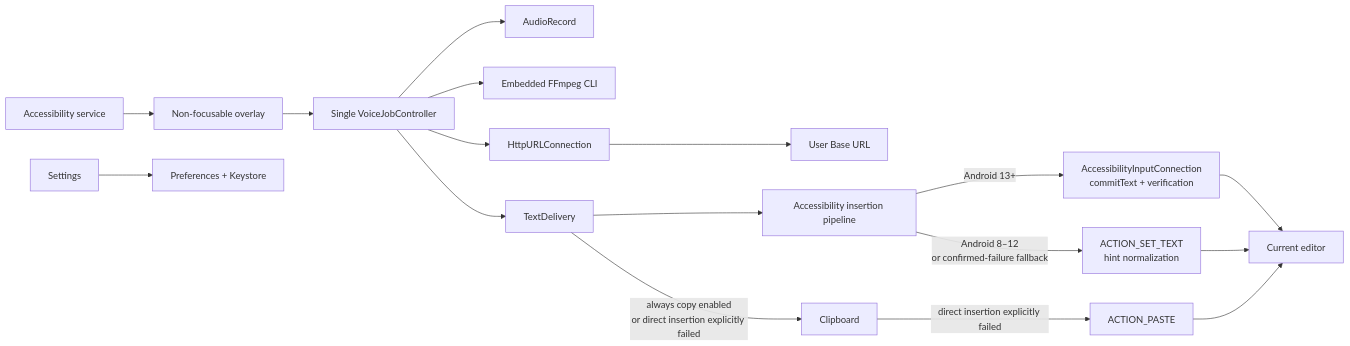
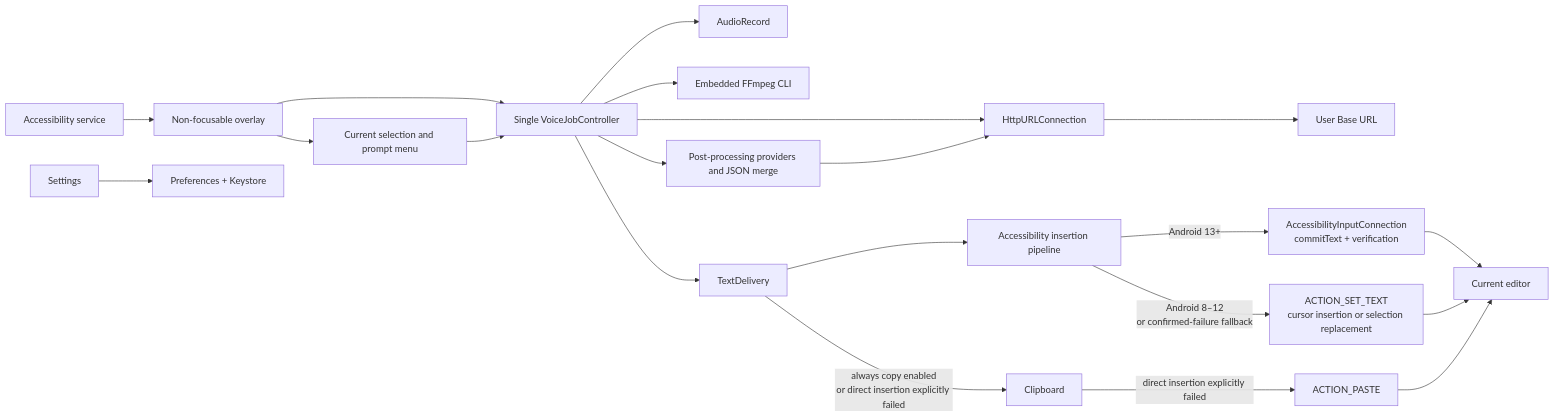
One commit to Joey-Kot/Dictate changed the first of 3 diagrams in README.md. Above: the diagram before and after it, drawn with Mermaid. The commit also changed other lines of this file and 93 other files, not shown here.

````diff
--- a/README.md
+++ b/README.md
@@ -39,19 +50,23 @@
 ```mermaid
 flowchart LR
   A["Accessibility service"] --> B["Non-focusable overlay"]
   B --> C["Single VoiceJobController"]
+  B --> L["Current selection and prompt menu"]
+  L --> C
   C --> D["AudioRecord"]
   C --> E["Embedded FFmpeg CLI"]
   C --> F["HttpURLConnection"]
   F --> G["User Base URL"]
+  C --> H["Post-processing providers and JSON merge"]
+  H --> F
   C --> T["TextDelivery"]
   T --> W["Accessibility insertion pipeline"]
   W -->|"Android 13+"| M["AccessibilityInputConnection<br/>commitText + verification"]
-  W -->|"Android 8–12<br/>or confirmed-failure fallback"| S["ACTION_SET_TEXT<br/>hint normalization"]
+  W -->|"Android 8–12<br/>or confirmed-failure fallback"| S["ACTION_SET_TEXT<br/>cursor insertion or selection replacement"]
   M --> X["Current editor"]
   S --> X
   T -->|"always copy enabled<br/>or direct insertion explicitly failed"| I["Clipboard"]
   I -->|"direct insertion explicitly failed"| P["ACTION_PASTE"]
   P --> X
   J["Settings"] --> K["Preferences + Keystore"]
 ```
````
